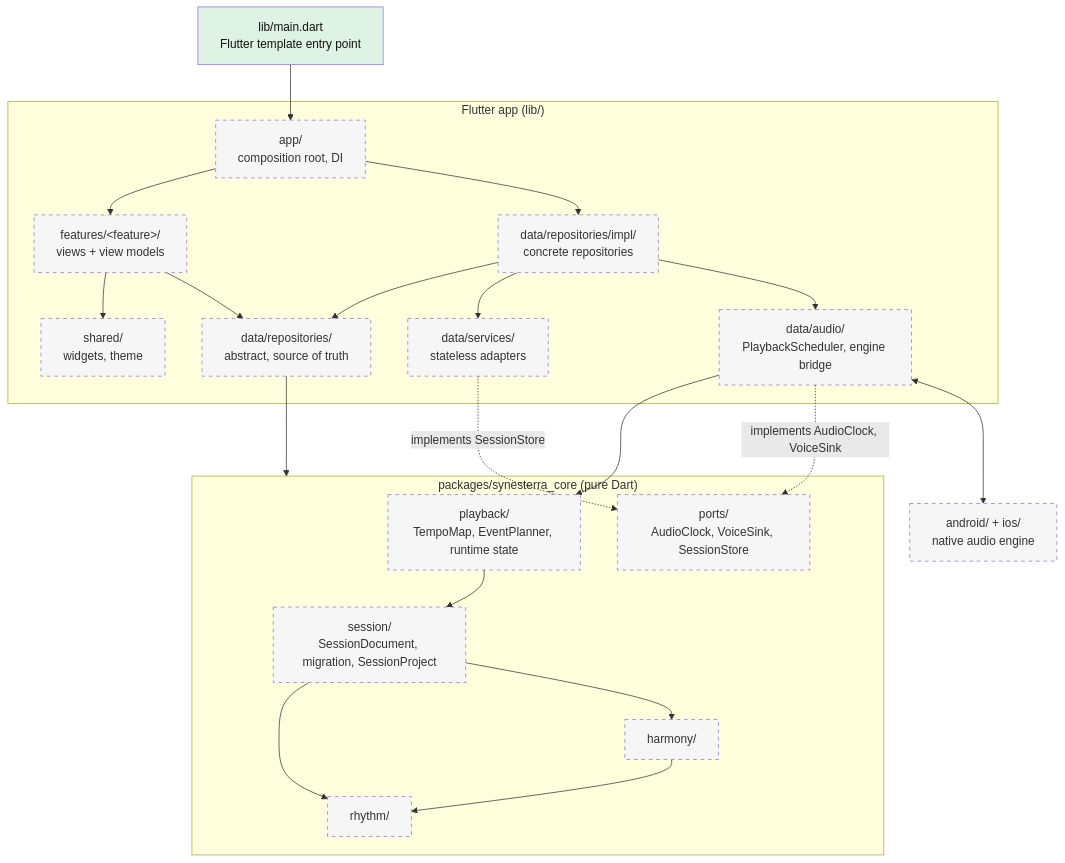
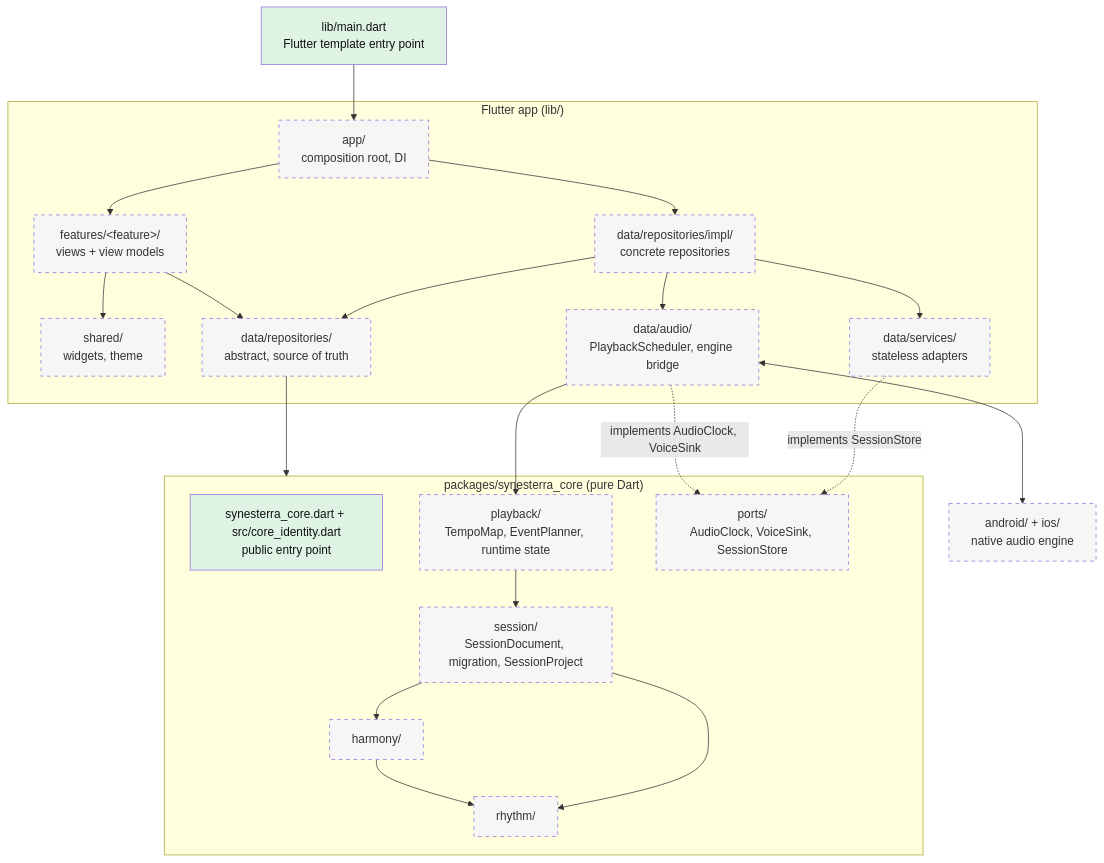
Before and after one commit to KornelSzyszka/synesterra-mobile: the diagram in docs/architecture.md, drawn with Mermaid. The commit also changed other lines of this file and 21 other files, not shown here.

Commit message:
Add core workspace and architecture boundary tests

````diff
--- a/docs/architecture.md
+++ b/docs/architecture.md
@@ -5,44 +5,46 @@
 ```mermaid
 flowchart TD
     main["lib/main.dart<br/>Flutter template entry point"]
     subgraph app["Flutter app (lib/)"]
         root["app/<br/>composition root, DI"]
         features["features/&lt;feature&gt;/<br/>views + view models"]
         shared["shared/<br/>widgets, theme"]
         repos["data/repositories/<br/>abstract, source of truth"]
         impl["data/repositories/impl/<br/>concrete repositories"]
         services["data/services/<br/>stateless adapters"]
         audio["data/audio/<br/>PlaybackScheduler, engine bridge"]
     end
     subgraph core["packages/synesterra_core (pure Dart)"]
+        corePublic["synesterra_core.dart + src/core_identity.dart<br/>public entry point"]
         session["session/<br/>SessionDocument, migration, SessionProject"]
         rhythm["rhythm/"]
         harmony["harmony/"]
         playback["playback/<br/>TempoMap, EventPlanner, runtime state"]
         ports["ports/<br/>AudioClock, VoiceSink, SessionStore"]
     end
     native["android/ + ios/<br/>native audio engine"]
 
     main --> root
     root --> features
     root --> impl
     features --> shared
     features --> repos
     impl --> repos
     impl --> services
     impl --> audio
     repos --> core
     audio --> playback
     audio -. "implements AudioClock, VoiceSink" .-> ports
     services -. "implements SessionStore" .-> ports
     audio <--> native
     harmony --> rhythm
     session --> rhythm
     session --> harmony
     playback --> session
 
     classDef planned stroke-dasharray: 5 5,fill:#f6f6f6,color:#333
     classDef exists fill:#dff3e4,color:#111
     class main exists
+    class corePublic exists
     class root,features,shared,repos,impl,services,audio,session,rhythm,harmony,playback,ports,native planned
 ```
````
